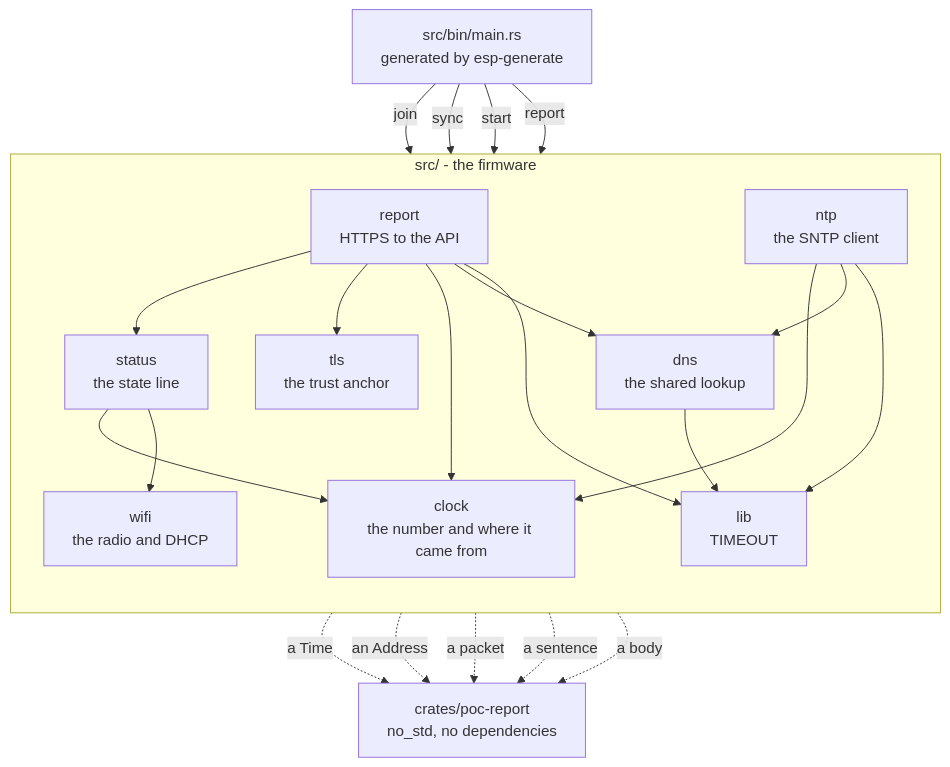
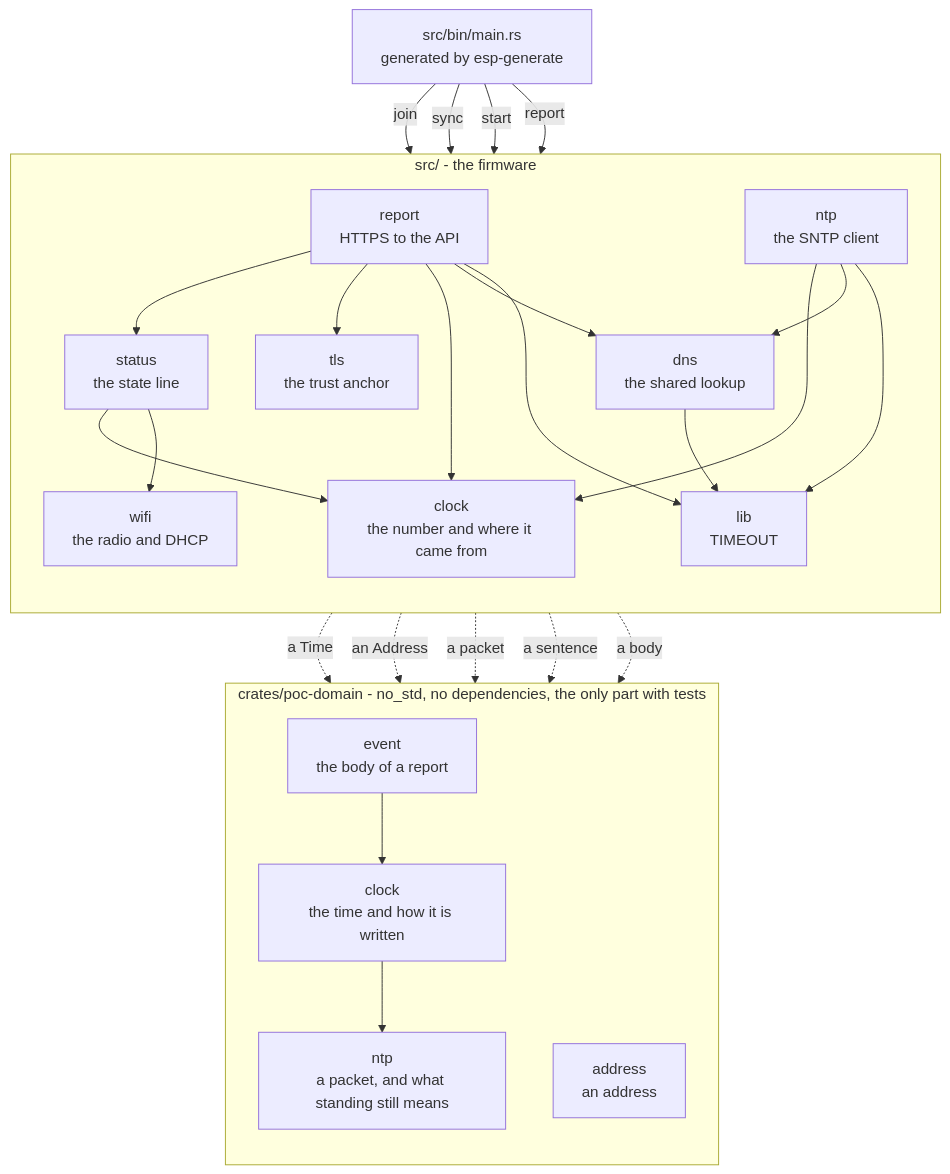
Before and after one commit to andresmoschini/esp-poc: the diagram in README.md, drawn with Mermaid. The commit also changed other lines of this file and 25 other files, not shown here.

````diff
--- a/README.md
+++ b/README.md
@@ -403,44 +407,53 @@
 ```mermaid
 graph TD
     main["src/bin/main.rs<br/>generated by esp-generate"]
 
     subgraph firmware["src/ - the firmware"]
         direction TB
         report["report<br/>HTTPS to the API"]
         status["status<br/>the state line"]
         ntp["ntp<br/>the SNTP client"]
         clock["clock<br/>the number and where it came from"]
         wifi["wifi<br/>the radio and DHCP"]
         tls["tls<br/>the trust anchor"]
         dns["dns<br/>the shared lookup"]
         lib["lib<br/>TIMEOUT"]
     end
 
-    poc["crates/poc-report<br/>no_std, no dependencies"]
+    subgraph domain["crates/poc-domain - no_std, no dependencies, the only part with tests"]
+        direction TB
+        domClock["clock<br/>the time and how it is written"]
+        domNtp["ntp<br/>a packet, and what standing still means"]
+        domAddress["address<br/>an address"]
+        domEvent["event<br/>the body of a report"]
+    end
 
     main -->|"join"| wifi
     main -->|"sync"| ntp
     main -->|"start"| report
     main -->|"report"| status
 
     report --> status
     report --> tls
     report --> clock
     report --> dns
     report --> lib
 
     status --> clock
     status --> wifi
 
     ntp --> clock
     ntp --> dns
     ntp --> lib
 
     dns --> lib
 
-    clock -.->|a Time| poc
-    wifi -.->|an Address| poc
-    ntp -.->|a packet| poc
-    status -.->|a sentence| poc
-    report -.->|a body| poc
+    clock -.->|a Time| domClock
+    wifi -.->|an Address| domAddress
+    ntp -.->|a packet| domNtp
+    status -.->|a sentence| domClock
+    report -.->|a body| domEvent
+
+    domClock --> domNtp
+    domEvent --> domClock
 ```
````
